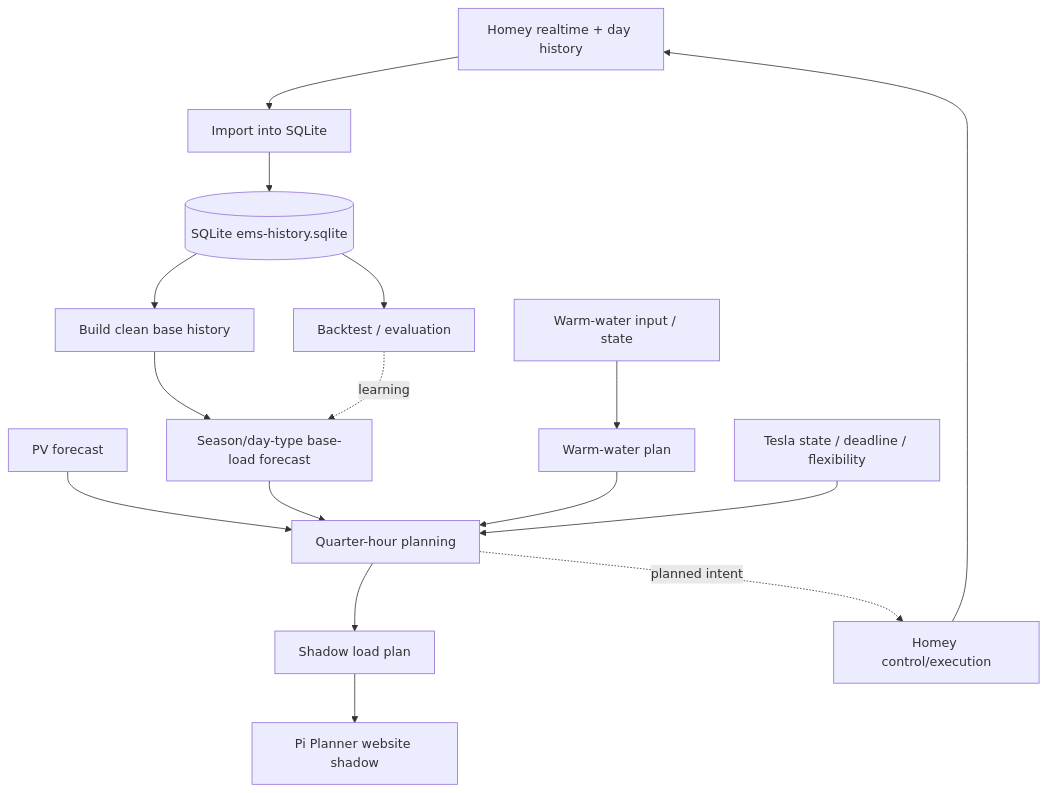
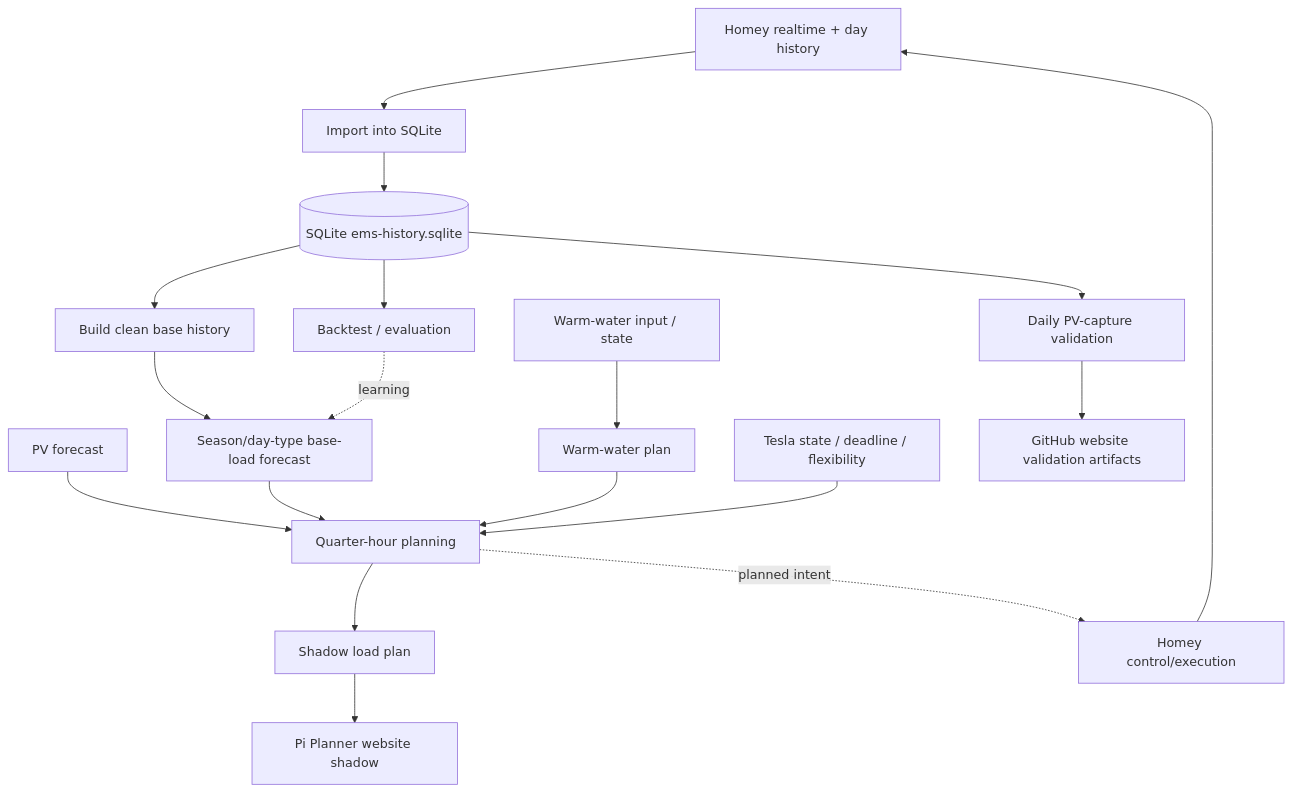
Before and after one commit to OnsKasteeltje/homey-energy-manual: the diagram in docs/architecture/CURRENT-EMS-STATE.md, drawn with Mermaid. The commit also changed other lines of this file, not shown here.

Commit message:
docs: record PV capture validation architecture

````diff
--- a/docs/architecture/CURRENT-EMS-STATE.md
+++ b/docs/architecture/CURRENT-EMS-STATE.md
@@ -26,18 +26,20 @@
 ```mermaid
 flowchart TD
     H[Homey realtime + day history] --> I[Import into SQLite]
     I --> DB[(SQLite ems-history.sqlite)]
     DB --> C[Build clean base history]
     PV[PV forecast] --> P[Quarter-hour planning]
     C --> B[Season/day-type base-load forecast]
     B --> P
     WW[Warm-water input / state] --> WWP[Warm-water plan]
     WWP --> P
     T[Tesla state / deadline / flexibility] --> P
     P --> S[Shadow load plan]
     S --> WEB[Pi Planner website shadow]
     P -. planned intent .-> HC[Homey control/execution]
     HC --> H
     DB --> BT[Backtest / evaluation]
     BT -. learning .-> B
+    DB --> PVC[Daily PV-capture validation]
+    PVC --> PUB[GitHub website validation artifacts]
 ```
````
